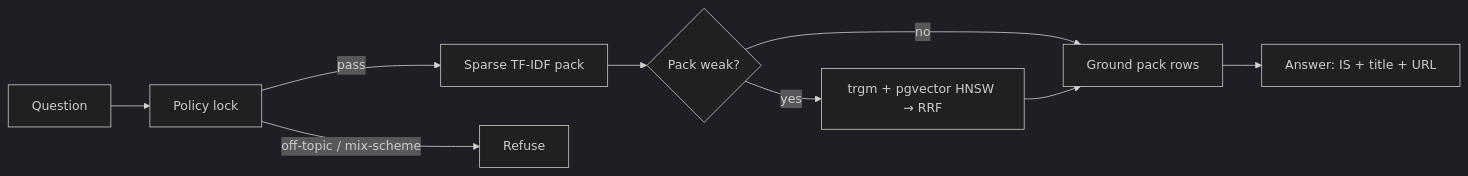
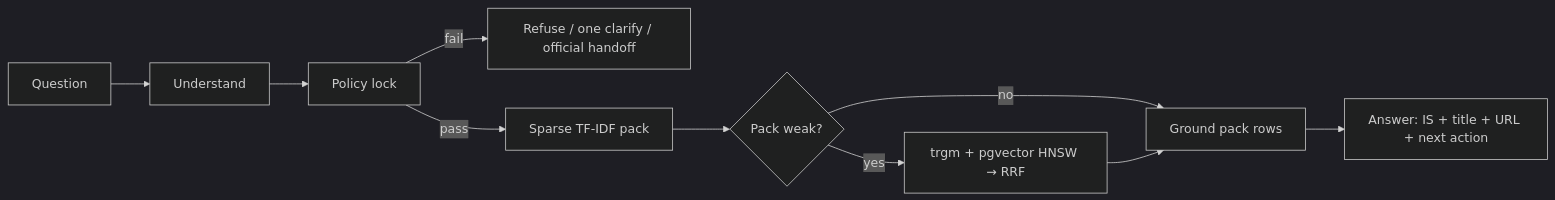
One commit to owais265/ManakMitra changed the diagram in README.md. Above: the diagram before and after it, drawn with Mermaid (dark theme). The commit also changed other lines of this file and 62 other files, not shown here.

````diff
--- a/README.md
+++ b/README.md
@@ -29,11 +30,12 @@
 ```mermaid
 flowchart LR
-  Q[Question] --> P[Policy lock]
+  Q[Question] --> U[Understand]
+  U --> P[Policy lock]
+  P -->|fail| R[Refuse / one clarify / official handoff]
   P -->|pass| S[Sparse TF-IDF pack]
-  P -->|off-topic / mix-scheme| R[Refuse]
   S --> H{Pack weak?}
   H -->|no| G[Ground pack rows]
   H -->|yes| D[trgm + pgvector HNSW → RRF]
   D --> G
-  G --> A[Answer: IS + title + URL]
+  G --> A[Answer: IS + title + URL + next action]
 ```
````
